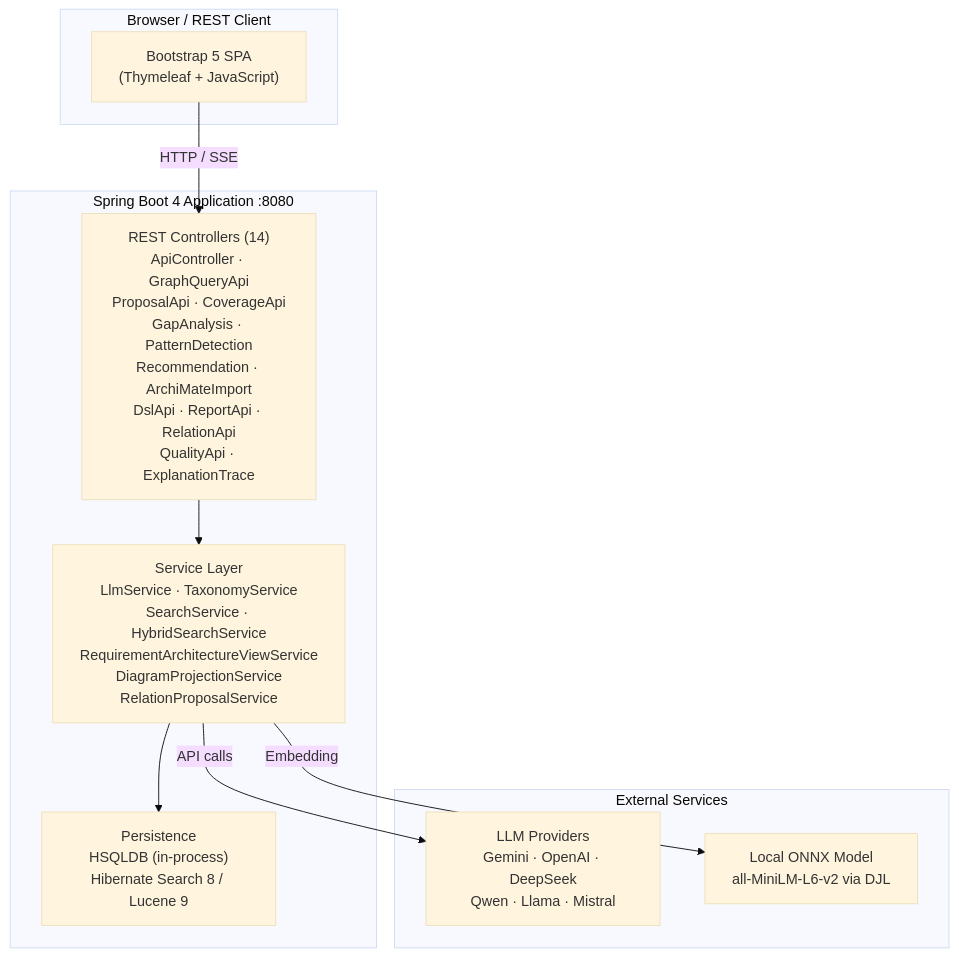
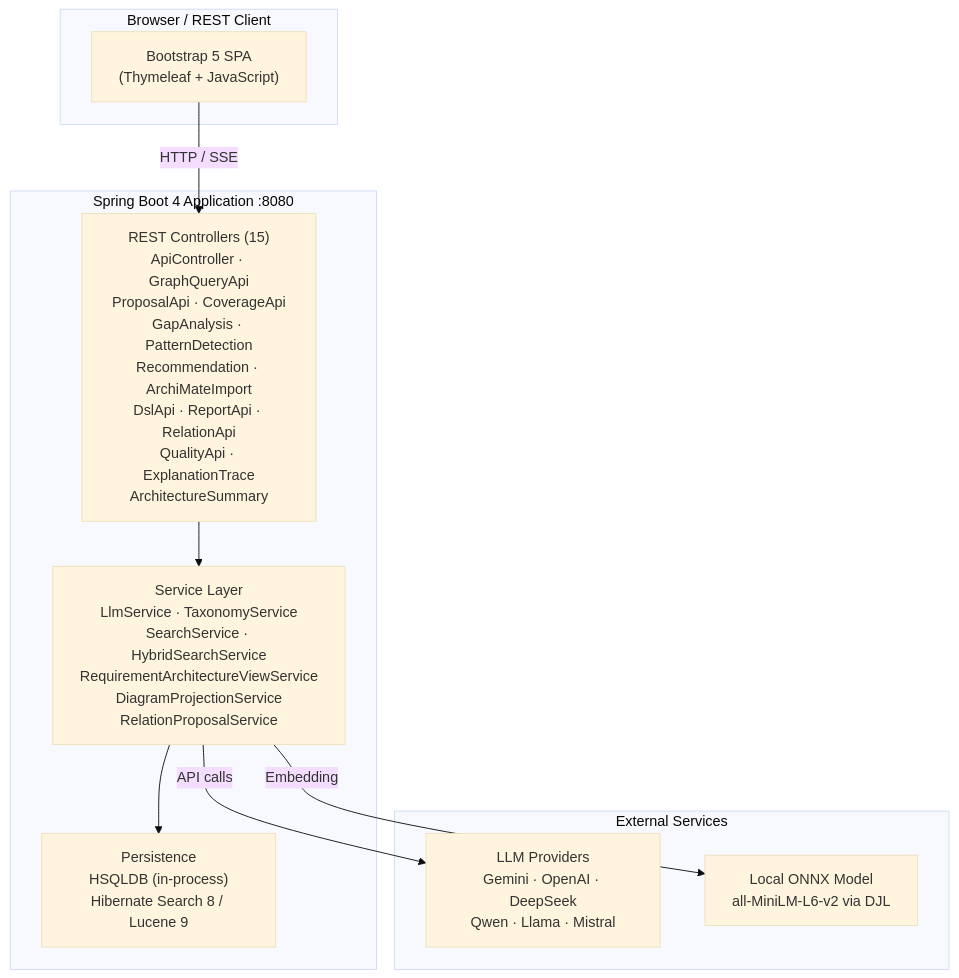
The second of 2 diagrams in README.md (carstenartur/Taxonomy), drawn with Mermaid (base theme) before and after one commit. The commit also changed other lines of this file and 4 other files, not shown here.

````diff
--- a/README.md
+++ b/README.md
@@ -93,23 +93,23 @@
 ```mermaid
 graph TB
     subgraph Client["Browser / REST Client"]
         UI["Bootstrap 5 SPA<br/>(Thymeleaf + JavaScript)"]
     end
 
     subgraph App["Spring Boot 4 Application :8080"]
-        Controllers["REST Controllers (14)<br/>ApiController · GraphQueryApi<br/>ProposalApi · CoverageApi<br/>GapAnalysis · PatternDetection<br/>Recommendation · ArchiMateImport<br/>DslApi · ReportApi · RelationApi<br/>QualityApi · ExplanationTrace"]
+        Controllers["REST Controllers (15)<br/>ApiController · GraphQueryApi<br/>ProposalApi · CoverageApi<br/>GapAnalysis · PatternDetection<br/>Recommendation · ArchiMateImport<br/>DslApi · ReportApi · RelationApi<br/>QualityApi · ExplanationTrace<br/>ArchitectureSummary"]
         Services["Service Layer<br/>LlmService · TaxonomyService<br/>SearchService · HybridSearchService<br/>RequirementArchitectureViewService<br/>DiagramProjectionService<br/>RelationProposalService"]
         Persistence["Persistence<br/>HSQLDB (in-process)<br/>Hibernate Search 8 / Lucene 9"]
     end
 
     subgraph External["External Services"]
         LLM["LLM Providers<br/>Gemini · OpenAI · DeepSeek<br/>Qwen · Llama · Mistral"]
         LocalModel["Local ONNX Model<br/>all-MiniLM-L6-v2 via DJL"]
     end
 
     UI -->|HTTP / SSE| Controllers
     Controllers --> Services
     Services --> Persistence
     Services -->|API calls| LLM
     Services -->|Embedding| LocalModel
 ```
````
